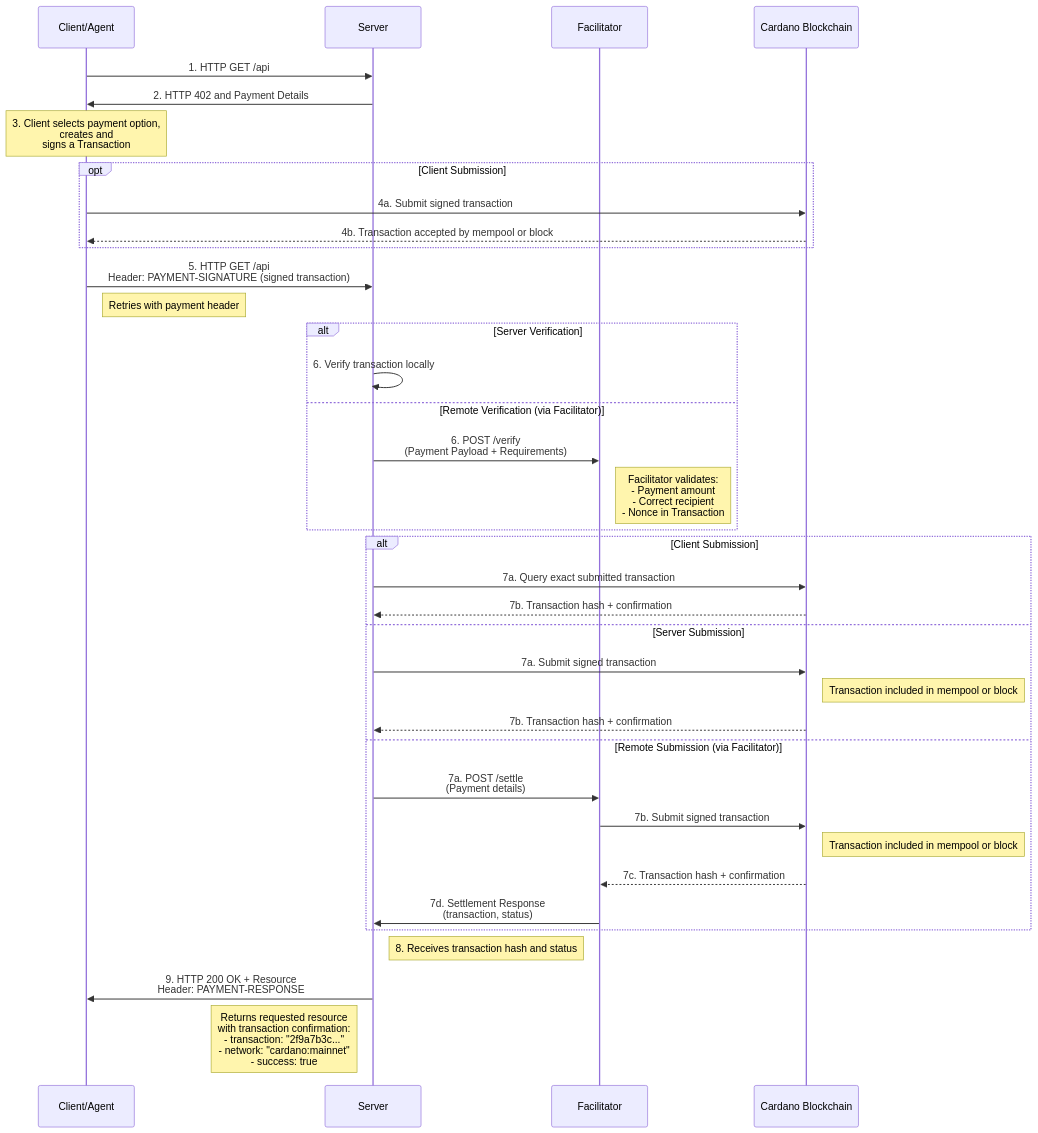
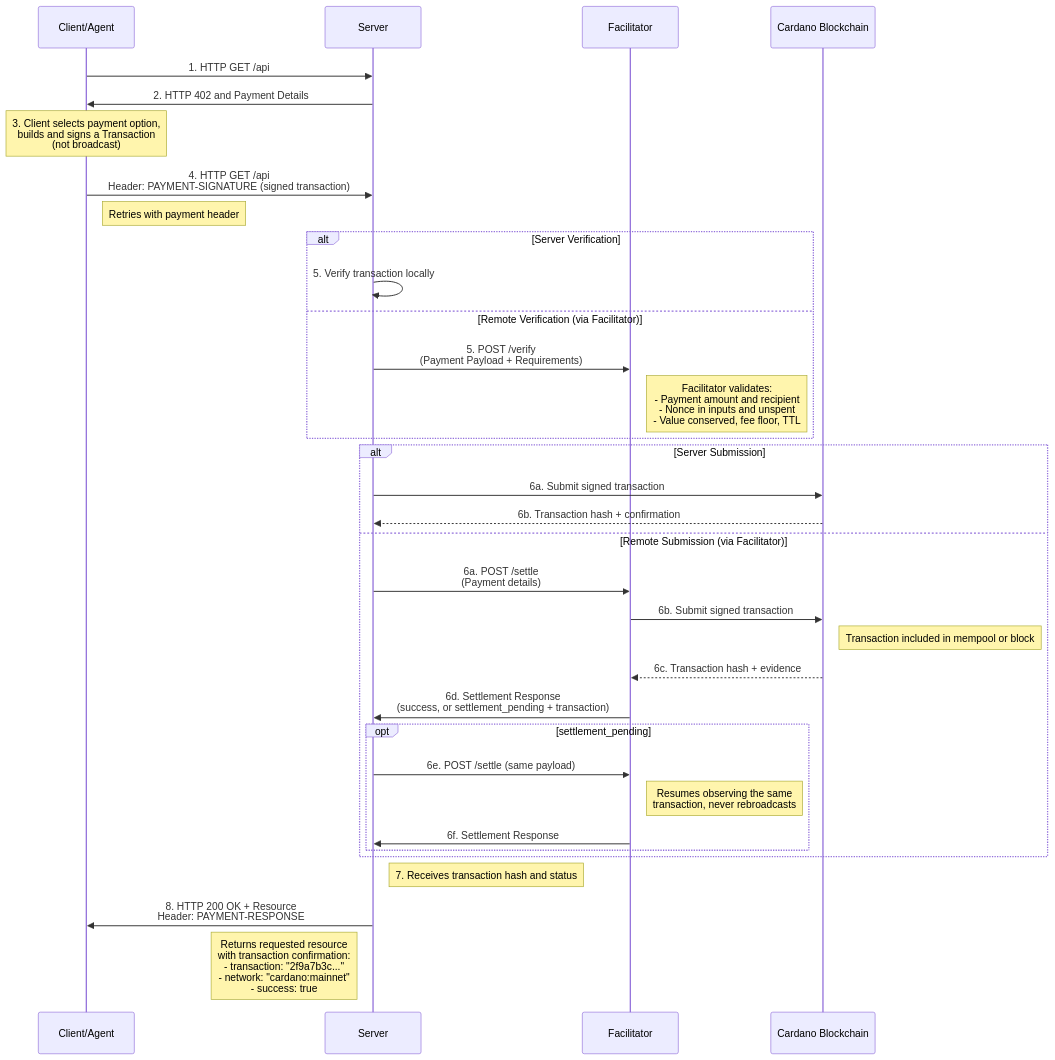
One commit to x402-foundation/x402 changed the diagram in specs/schemes/exact/scheme_exact_cardano.md. Above: the diagram before and after it, drawn with Mermaid. The commit also changed other lines of this file and 46 other files, not shown here.

````diff
--- a/specs/schemes/exact/scheme_exact_cardano.md
+++ b/specs/schemes/exact/scheme_exact_cardano.md
@@ -35,56 +37,51 @@
 ```mermaid
 sequenceDiagram
     participant Client as Client/Agent
     participant Server as Server
     participant Facilitator as Facilitator
     participant Cardano as Cardano Blockchain
 
     %% Initial Request
     Client->>Server: 1. HTTP GET /api
 
     %% Payment Required Response
     Server->>Client: 2. HTTP 402 and Payment Details
 
     %% Client Prepares Payment
-    Note over Client: 3. Client selects payment option,<br/>creates and <br/> signs a Transaction
-
-    %% Optional Client Submission
-    opt Client Submission
-        Client->>Cardano: 4a. Submit signed transaction
-        Cardano-->>Client: 4b. Transaction accepted by mempool or block
-    end
+    Note over Client: 3. Client selects payment option,<br/>builds and signs a Transaction<br/>(not broadcast)
 
     %% Request with Payment
-    Client->>Server: 5. HTTP GET /api<br/>Header: PAYMENT-SIGNATURE (signed transaction)
+    Client->>Server: 4. HTTP GET /api<br/>Header: PAYMENT-SIGNATURE (signed transaction)
     Note right of Client: Retries with payment header
 
     %% Server Verification
     alt Server Verification
-        Server->>Server: 6. Verify transaction locally
+        Server->>Server: 5. Verify transaction locally
     else Remote Verification (via Facilitator)
-        Server->>Facilitator: 6. POST /verify<br/>(Payment Payload + Requirements)
-        Note right of Facilitator: Facilitator validates:<br/>- Payment amount<br/>- Correct recipient<br/>- Nonce in Transaction
+        Server->>Facilitator: 5. POST /verify<br/>(Payment Payload + Requirements)
+        Note right of Facilitator: Facilitator validates:<br/>- Payment amount and recipient<br/>- Nonce in inputs and unspent<br/>- Value conserved, fee floor, TTL
     end
 
     %% Settlement
-    alt Client Submission
-        Server->>Cardano: 7a. Query exact submitted transaction
-        Cardano-->>Server: 7b. Transaction hash + confirmation
-    else Server Submission
-        Server->>Cardano: 7a. Submit signed transaction
-        Note right of Cardano: Transaction included in mempool or block
-        Cardano-->>Server: 7b. Transaction hash + confirmation
+    alt Server Submission
+        Server->>Cardano: 6a. Submit signed transaction
+        Cardano-->>Server: 6b. Transaction hash + confirmation
     else Remote Submission (via Facilitator)
-      Server->>Facilitator: 7a. POST /settle<br/>(Payment details)
-      Facilitator->>Cardano: 7b. Submit signed transaction
+      Server->>Facilitator: 6a. POST /settle<br/>(Payment details)
+      Facilitator->>Cardano: 6b. Submit signed transaction
       Note right of Cardano: Transaction included in mempool or block
-      Cardano-->>Facilitator: 7c. Transaction hash + confirmation
-      Facilitator->>Server: 7d. Settlement Response<br/>(transaction, status)
+      Cardano-->>Facilitator: 6c. Transaction hash + evidence
+      Facilitator->>Server: 6d. Settlement Response<br/>(success, or settlement_pending + transaction)
+      opt settlement_pending
+        Server->>Facilitator: 6e. POST /settle (same payload)
+        Note right of Facilitator: Resumes observing the same<br/>transaction, never rebroadcasts
+        Facilitator->>Server: 6f. Settlement Response
+      end
     end
 
-    Note right of Server: 8. Receives transaction hash and status
+    Note right of Server: 7. Receives transaction hash and status
 
     %% Final Response
-    Server->>Client: 9. HTTP 200 OK + Resource<br/>Header: PAYMENT-RESPONSE
+    Server->>Client: 8. HTTP 200 OK + Resource<br/>Header: PAYMENT-RESPONSE
     Note left of Server: Returns requested resource<br/>with transaction confirmation:<br/>- transaction: "2f9a7b3c..."<br/>- network: "cardano:mainnet"<br/>- success: true
 ```
````
